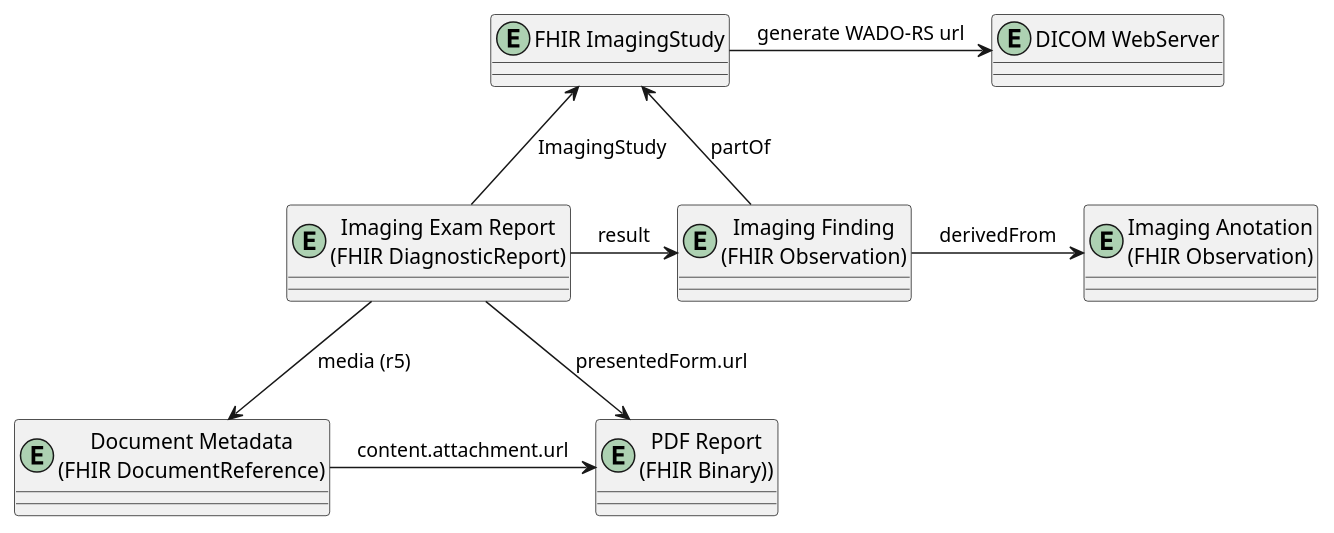
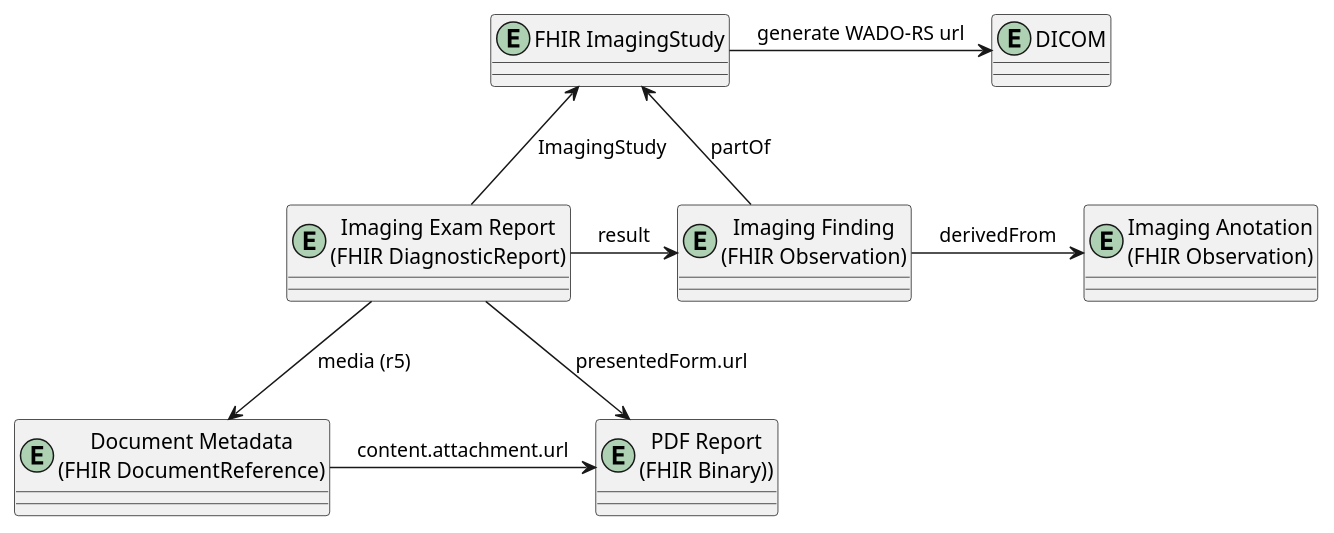
The diagram in input/images-source/model-rad.plantuml (KevinMayfield/IHE-RAD), drawn with PlantUML before and after one commit.

Commit message:
ig config

```diff
--- a/input/images-source/model-rad.plantuml
+++ b/input/images-source/model-rad.plantuml
@@ -1,21 +1,21 @@
 @startuml
 
 entity "FHIR ImagingStudy" as ImagingStudy
 entity "Imaging Finding\n(FHIR Observation)" as Observation
 entity "Imaging Exam Report\n(FHIR DiagnosticReport)" as DiagnosticReport
-entity "DICOM WebServer" as DICOM
+entity "DICOM" as DICOM
 entity "Imaging Anotation\n(FHIR Observation)" as Anotation
 entity "PDF Report\n(FHIR Binary))" as Binary
 entity "Document Metadata\n(FHIR DocumentReference)" as DocumentReference
 
 DiagnosticReport -r-> Observation: result
 Observation -r-> Anotation: derivedFrom
 Observation -u-> ImagingStudy : partOf
 ImagingStudy -r-> DICOM : generate WADO-RS url
 DiagnosticReport -u-> ImagingStudy: ImagingStudy
 DiagnosticReport -d-> Binary: presentedForm.url
 DiagnosticReport -d-> DocumentReference: media (r5)
 DocumentReference -r-> Binary : content.attachment.url
 
 
 @enduml
```
